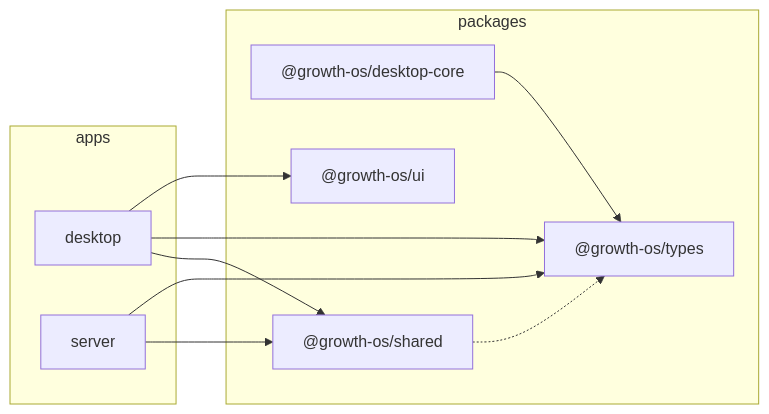
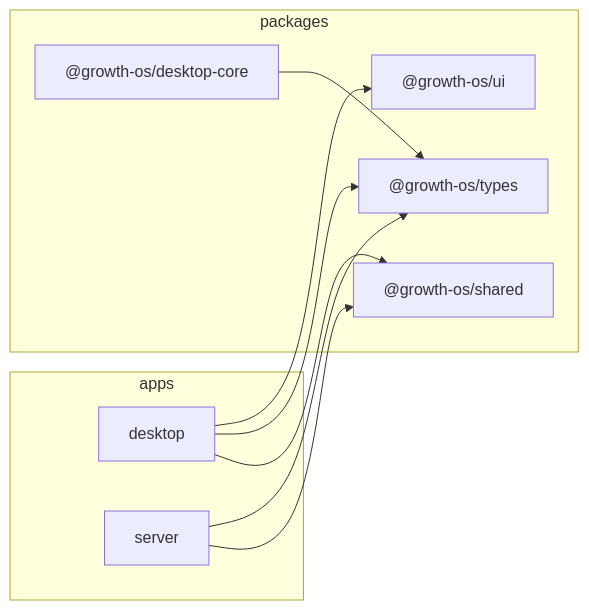
One commit to HuayanZhong/Growth-OS changed the diagram in docs/module-graph.md. Above: the diagram before and after it, drawn with Mermaid. The commit also changed other lines of this file and 135 other files, not shown here.

````diff
--- a/docs/module-graph.md
+++ b/docs/module-graph.md
@@ -27,20 +27,19 @@
 ```mermaid
 graph LR
   subgraph apps
     apps_desktop["desktop"]
     apps_server["server"]
   end
   subgraph packages
     packages_desktop_core["@growth-os/desktop-core"]
     packages_shared["@growth-os/shared"]
     packages_types["@growth-os/types"]
     packages_ui["@growth-os/ui"]
   end
     apps_desktop --> packages_shared
     apps_desktop --> packages_types
     apps_desktop --> packages_ui
     apps_server --> packages_shared
     apps_server --> packages_types
     packages_desktop_core --> packages_types
-    packages_shared -.-> packages_types
 ```
````
